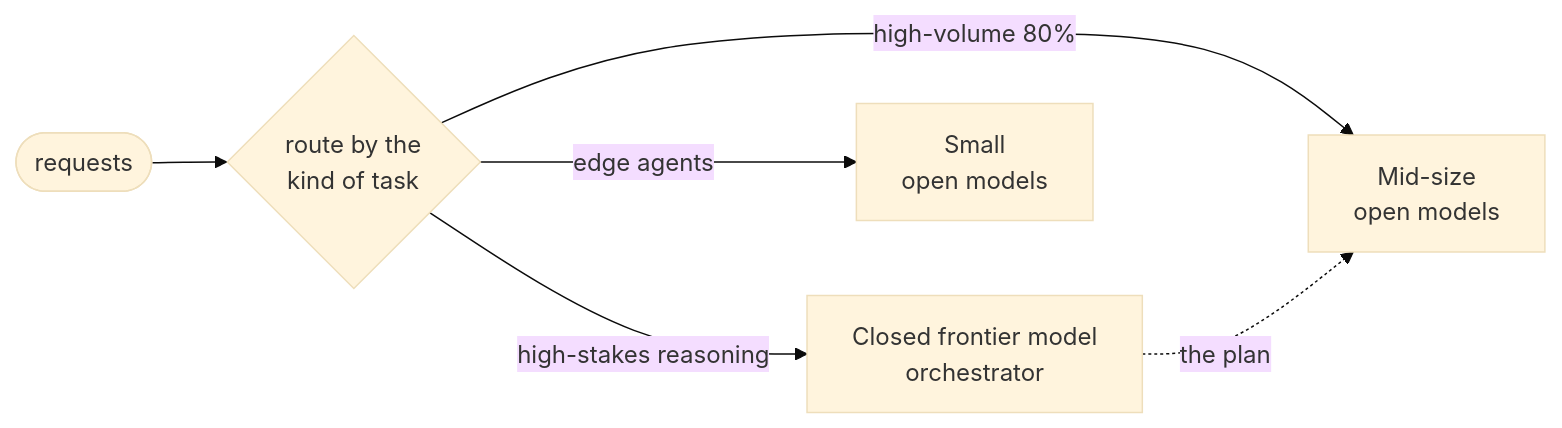
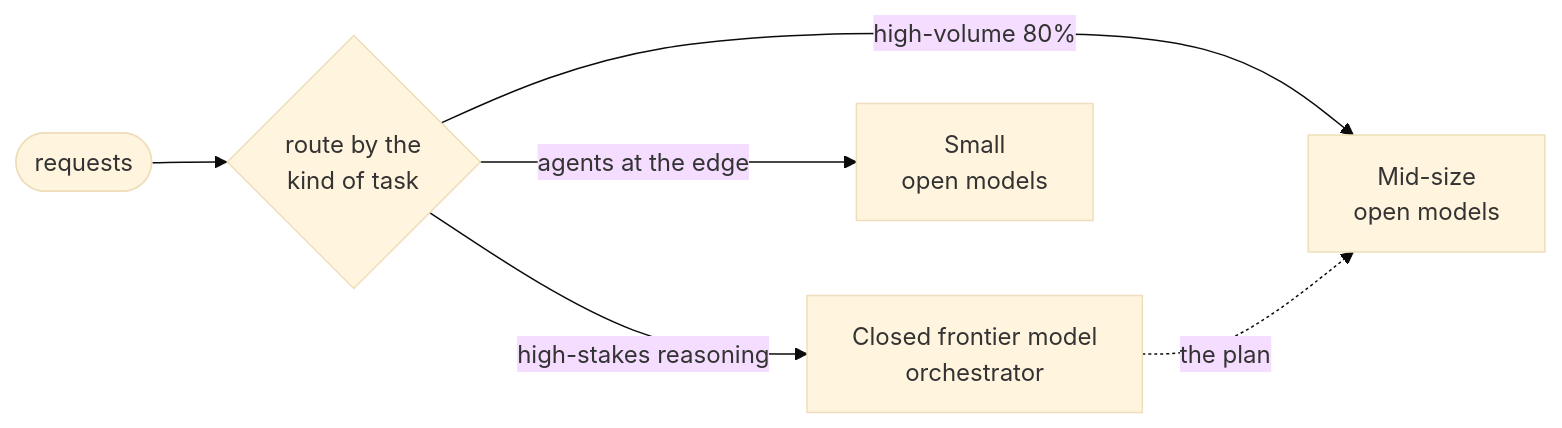
One commit to aniryou/full-stack-agentic-engineer changed the second of 2 diagrams in 00-foundations/model-landscape/open-weight-llms-primer.md. Above: the diagram before and after it, drawn with Mermaid (base theme). The commit also changed other lines of this file and 49 other files, not shown here.

````diff
--- a/00-foundations/model-landscape/open-weight-llms-primer.md
+++ b/00-foundations/model-landscape/open-weight-llms-primer.md
@@ -434,8 +444,8 @@
 ```mermaid
 flowchart LR
   W(["requests"]) --> P{"route by the<br/>kind of task"}
   P -->|"high-stakes reasoning"| C["Closed frontier model<br/>orchestrator"]
   P -->|"high-volume 80%"| M["Mid-size<br/>open models"]
-  P -->|"edge agents"| S["Small<br/>open models"]
+  P -->|"agents at the edge"| S["Small<br/>open models"]
   C -.->|"the plan"| M
 ```
````
